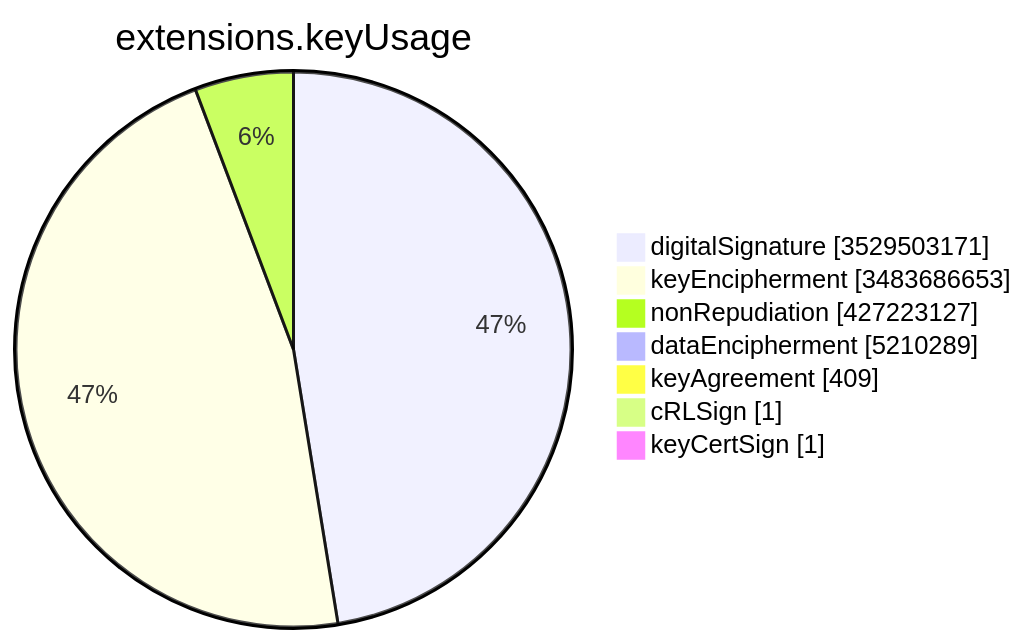
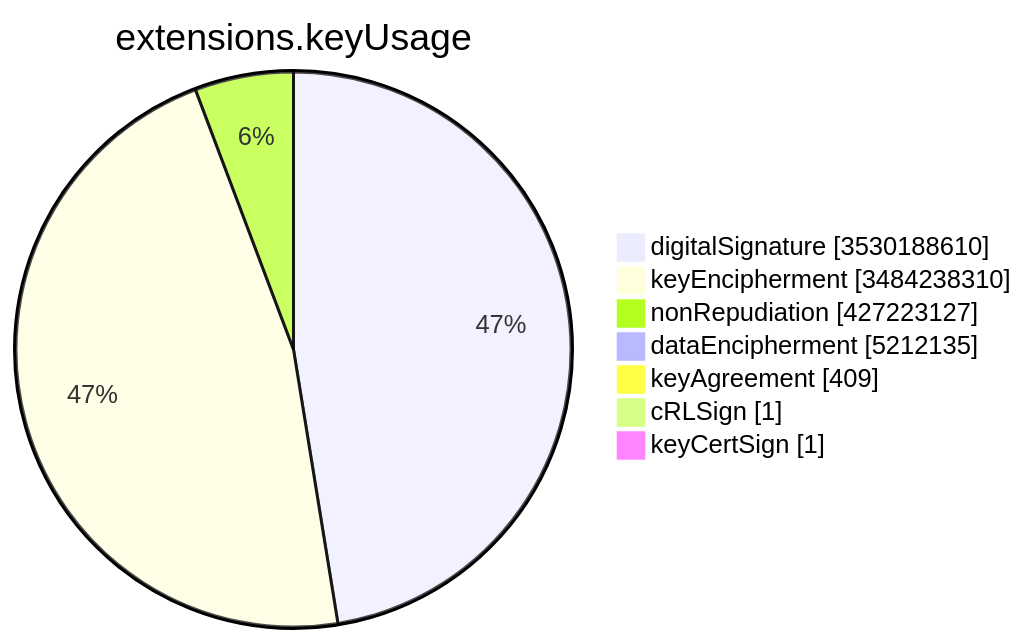
The sixth of 15 diagrams in TOTAL/README.md (christiankrug/ctmonitor_visualization), drawn with Mermaid before and after one commit. The commit also changed other lines of this file, not shown here.

````diff
--- a/TOTAL/README.md
+++ b/TOTAL/README.md
@@ -3083,11 +3083,11 @@
 ```mermaid
 pie showData
 title extensions.keyUsage
-"digitalSignature" :3529503171
-"keyEncipherment" :3483686653
+"digitalSignature" :3530188610
+"keyEncipherment" :3484238310
 "nonRepudiation" :427223127
-"dataEncipherment" :5210289
+"dataEncipherment" :5212135
 "keyAgreement" :409
 "cRLSign" :1
 "keyCertSign" :1
 ```
````
